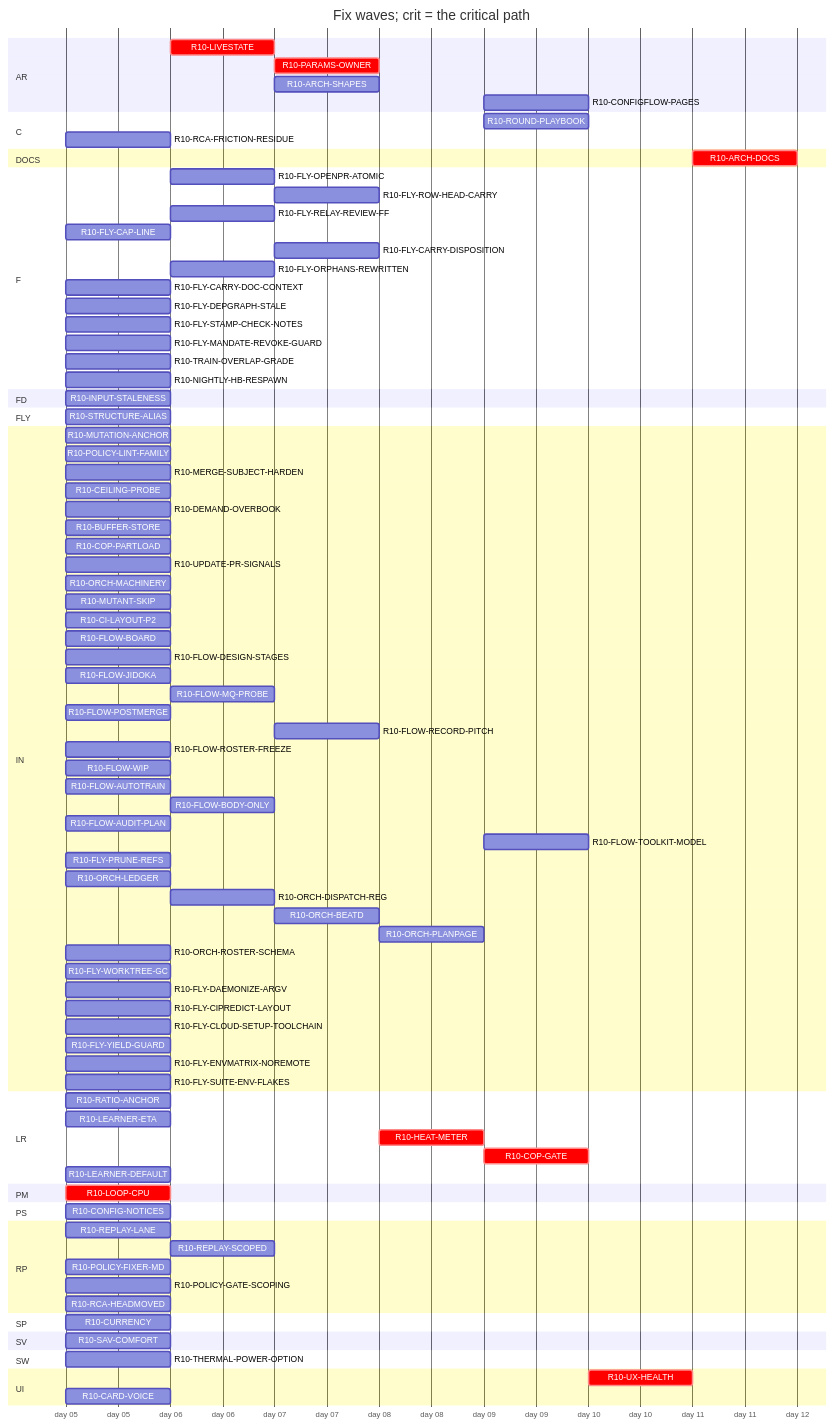
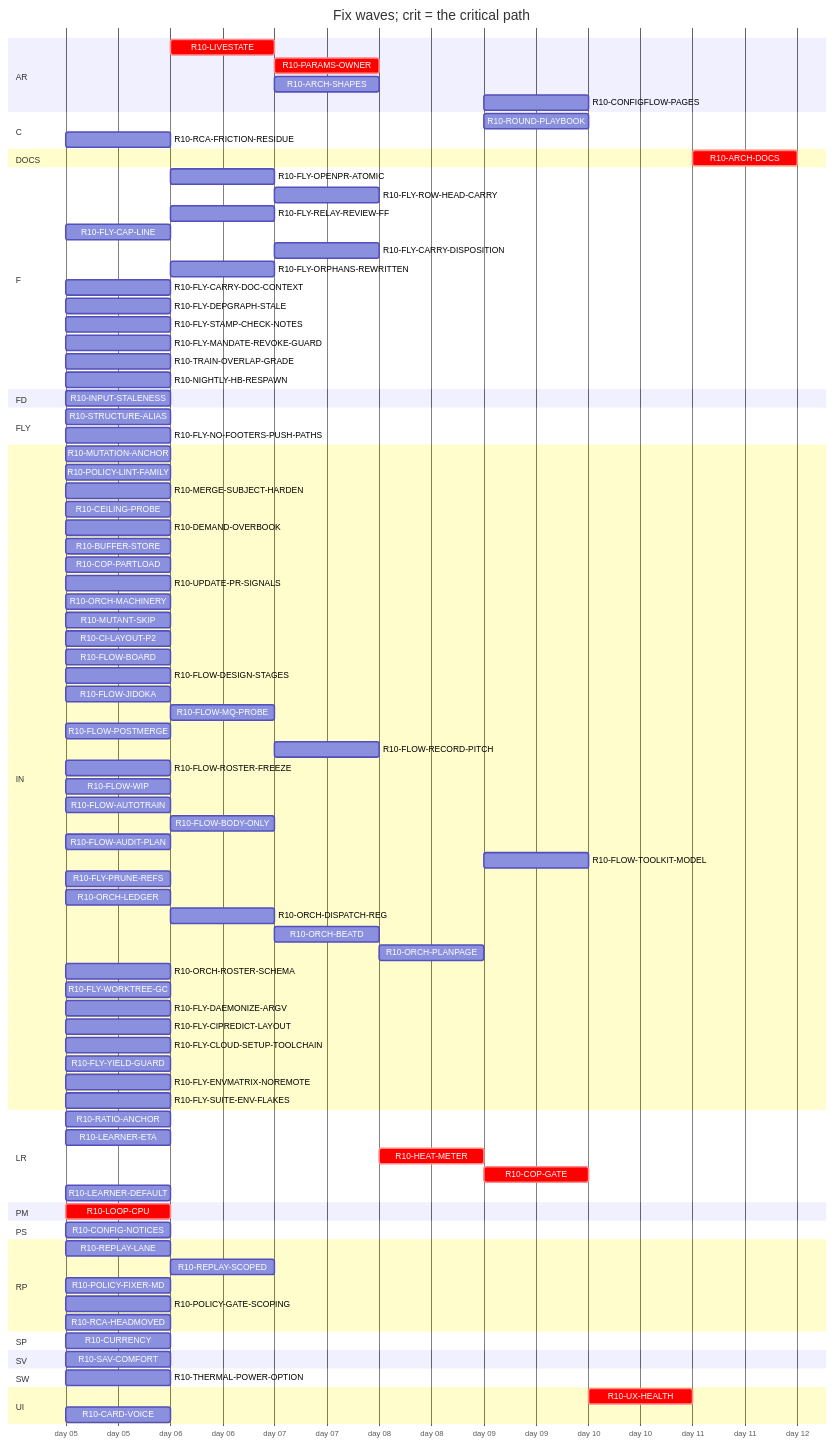
The diagram in handoff/round10/state/PLAN-TABLE.md (tvofi/heatpump_optimizer), drawn with Mermaid before and after one commit. The commit also changed other lines of this file and 2 other files, not shown here.

```diff
--- a/handoff/round10/state/PLAN-TABLE.md
+++ b/handoff/round10/state/PLAN-TABLE.md
@@ -57,6 +57,7 @@
     R10-INPUT-STALENESS :r10INPUTSTALENESS, 2026-01-05, 1d
   section FLY
     R10-STRUCTURE-ALIAS :r10STRUCTUREALIAS, 2026-01-05, 1d
+    R10-FLY-NO-FOOTERS-PUSH-PATHS :r10FLYNOFOOTERSPUSHPATHS, 2026-01-05, 1d
   section IN
     R10-MUTATION-ANCHOR :r10MUTATIONANCHOR, 2026-01-05, 1d
     R10-POLICY-LINT-FAMILY :r10POLICYLINTFAMILY, 2026-01-05, 1d
```
